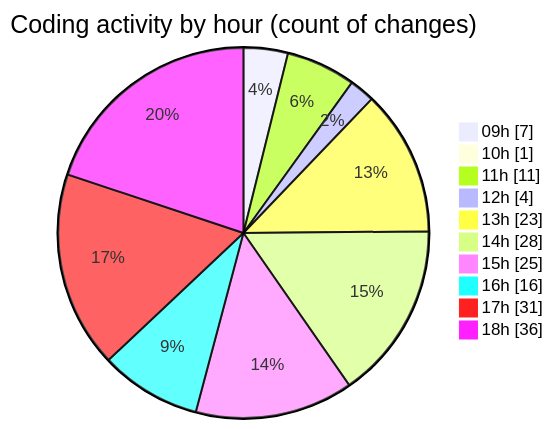
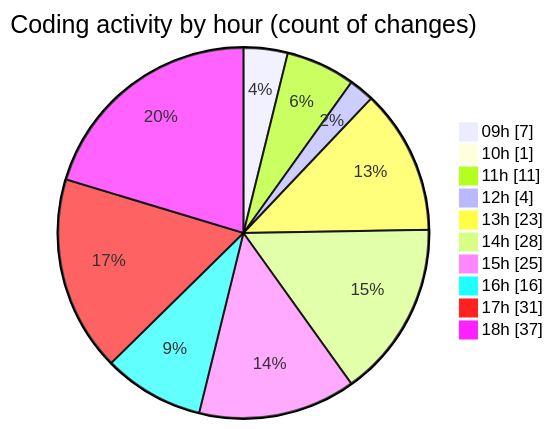
The second of 2 diagrams in 2026-04-22/cda/README.md (momahboobian/code-tracking), drawn with Mermaid before and after one commit. The commit also changed other lines of this file and 1 other file, not shown here.

````diff
--- a/2026-04-22/cda/README.md
+++ b/2026-04-22/cda/README.md
@@ -57,14 +57,14 @@
 ```mermaid
 pie showData
 title Coding activity by hour (count of changes)
 "09h" : 7
 "10h" : 1
 "11h" : 11
 "12h" : 4
 "13h" : 23
 "14h" : 28
 "15h" : 25
 "16h" : 16
 "17h" : 31
-"18h" : 36
+"18h" : 37
 ```
````
